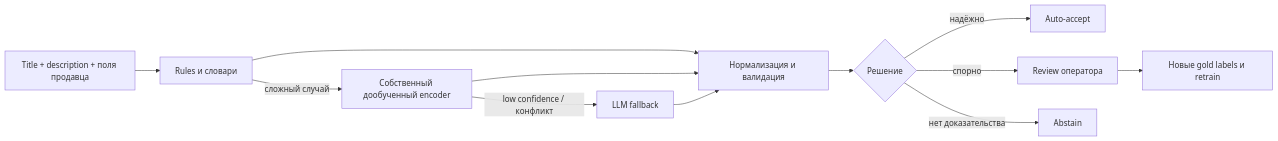
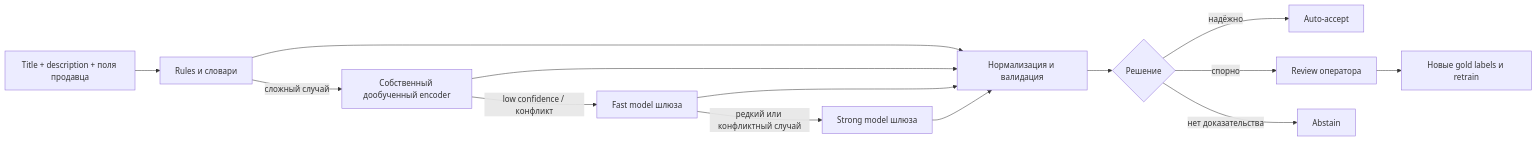
One commit to CRUDoshleps/GoodsAI changed the diagram in README.md. Above: the diagram before and after it, drawn with Mermaid. The commit also changed other lines of this file and 6 other files, not shown here.

````diff
--- a/README.md
+++ b/README.md
@@ -13,14 +13,16 @@
 ```mermaid
 flowchart LR
     A[Title + description + поля продавца] --> B[Rules и словари]
     B -->|сложный случай| C[Собственный дообученный encoder]
-    C -->|low confidence / конфликт| D[LLM fallback]
+    C -->|low confidence / конфликт| D[Fast model шлюза]
+    D -->|редкий или конфликтный случай| M[Strong model шлюза]
     B --> E[Нормализация и валидация]
     C --> E
     D --> E
-    E --> F{Решение}
-    F -->|надёжно| G[Auto-accept]
-    F -->|спорно| H[Review оператора]
-    F -->|нет доказательства| I[Abstain]
+    M --> E
+    E --> N{Решение}
+    N -->|надёжно| G[Auto-accept]
+    N -->|спорно| H[Review оператора]
+    N -->|нет доказательства| I[Abstain]
     H --> J[Новые gold labels и retrain]
 ```
````
